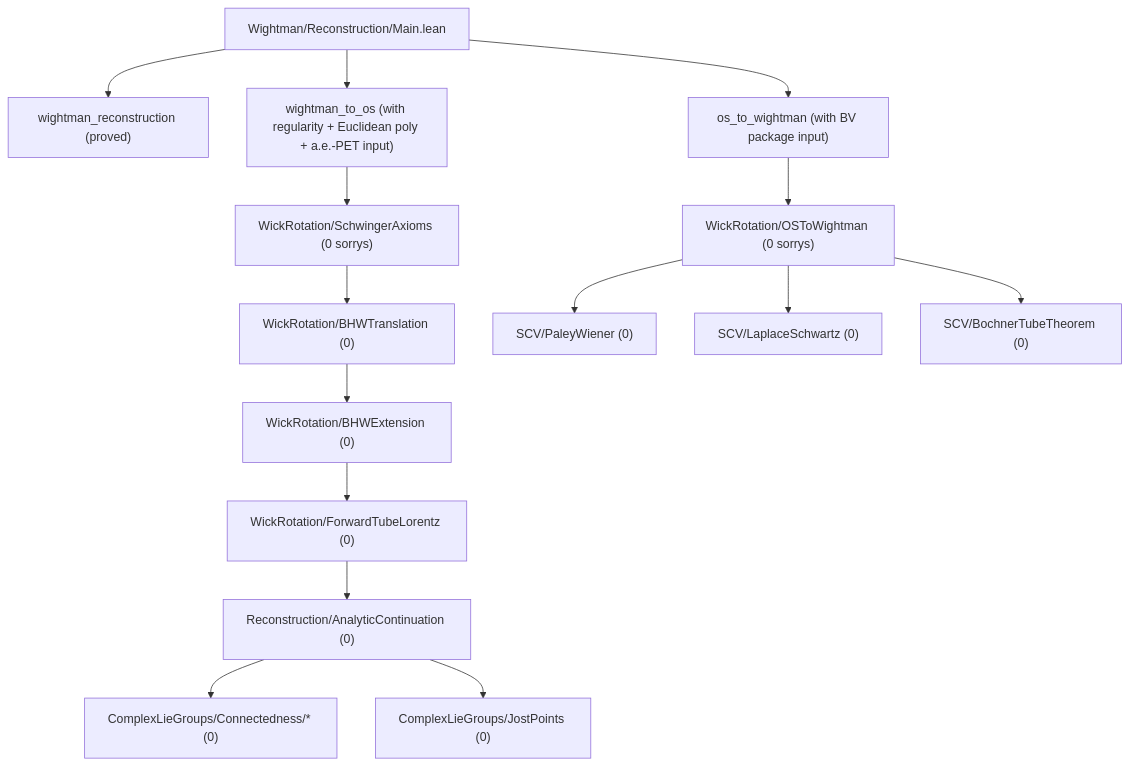
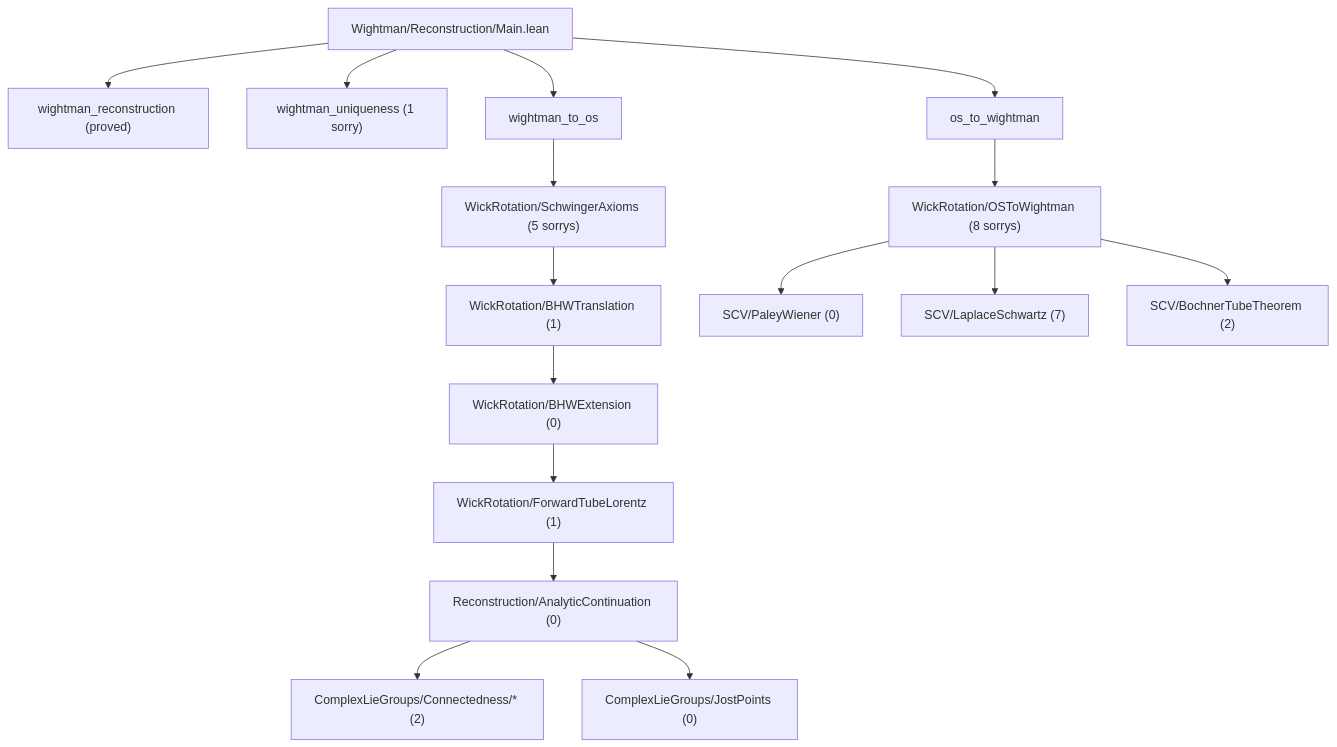
One commit to yin-claw/OSreconstruction changed the diagram in README.md. Above: the diagram before and after it, drawn with Mermaid. The commit also changed other lines of this file and 23 other files, not shown here.

First line of the commit message:
Revert "Make non-vNA theorem surfaces direct-sorry-free"

````diff
--- a/README.md
+++ b/README.md
@@ -56,20 +56,21 @@
 ```mermaid
 flowchart TD
   M["Wightman/Reconstruction/Main.lean"]
   M --> WR["wightman_reconstruction (proved)"]
-  M --> RE["wightman_to_os (with regularity + Euclidean poly + a.e.-PET input)"]
-  M --> ER["os_to_wightman (with BV package input)"]
+  M --> WU["wightman_uniqueness (1 sorry)"]
+  M --> RE["wightman_to_os"]
+  M --> ER["os_to_wightman"]
 
-  RE --> SA["WickRotation/SchwingerAxioms (0 sorrys)"]
-  SA --> BT["WickRotation/BHWTranslation (0)"]
+  RE --> SA["WickRotation/SchwingerAxioms (5 sorrys)"]
+  SA --> BT["WickRotation/BHWTranslation (1)"]
   BT --> BE["WickRotation/BHWExtension (0)"]
-  BE --> FL["WickRotation/ForwardTubeLorentz (0)"]
+  BE --> FL["WickRotation/ForwardTubeLorentz (1)"]
   FL --> AC["Reconstruction/AnalyticContinuation (0)"]
-  AC --> CL["ComplexLieGroups/Connectedness/* (0)"]
+  AC --> CL["ComplexLieGroups/Connectedness/* (2)"]
   AC --> JP["ComplexLieGroups/JostPoints (0)"]
 
-  ER --> OW["WickRotation/OSToWightman (0 sorrys)"]
+  ER --> OW["WickRotation/OSToWightman (8 sorrys)"]
   OW --> PW["SCV/PaleyWiener (0)"]
-  OW --> LS["SCV/LaplaceSchwartz (0)"]
-  OW --> BO["SCV/BochnerTubeTheorem (0)"]
+  OW --> LS["SCV/LaplaceSchwartz (7)"]
+  OW --> BO["SCV/BochnerTubeTheorem (2)"]
 ```
````
